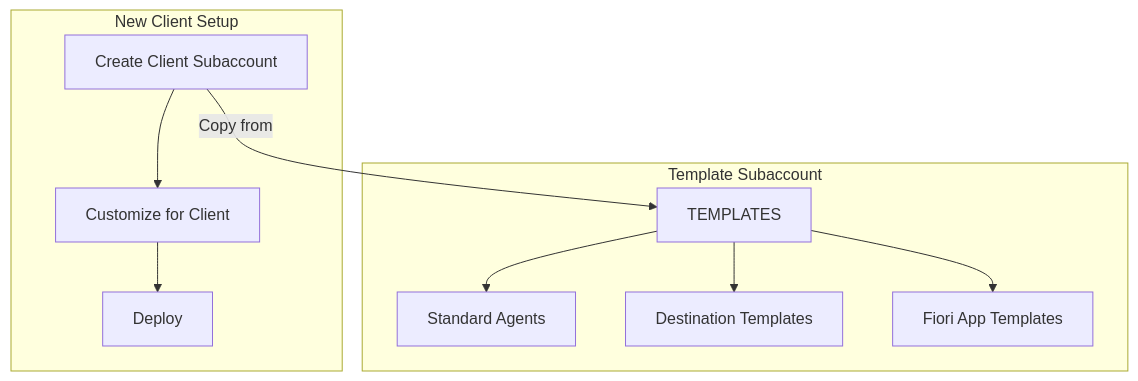
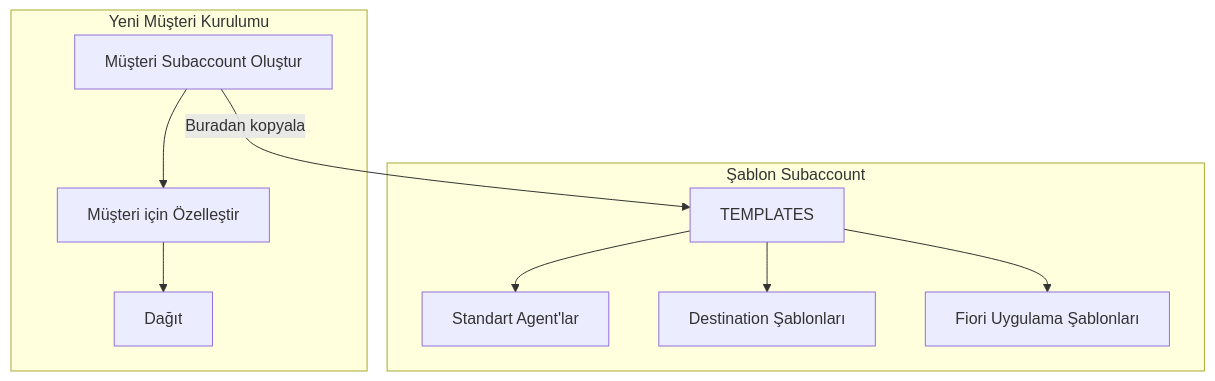
Before and after one commit to beyhanmeyrali/sap-all: the eighth of 11 diagrams in Technical Tutorials/BTP/TR/chapters/12-multi-client-management.md, drawn with Mermaid. The commit also changed other lines of this file and 11 other files, not shown here.

````diff
--- a/Technical Tutorials/BTP/TR/chapters/12-multi-client-management.md
+++ b/Technical Tutorials/BTP/TR/chapters/12-multi-client-management.md
@@ -312,16 +312,16 @@
 ```mermaid
 flowchart TD
-    subgraph "Template Subaccount"
+    subgraph "Şablon Subaccount"
         T[TEMPLATES]
-        T --> TA[Standard Agents]
-        T --> TD[Destination Templates]
-        T --> TF[Fiori App Templates]
+        T --> TA[Standart Agent'lar]
+        T --> TD[Destination Şablonları]
+        T --> TF[Fiori Uygulama Şablonları]
     end
 
-    subgraph "New Client Setup"
-        C[Create Client Subaccount]
-        C --> |"Copy from"| T
-        C --> CUST[Customize for Client]
-        CUST --> DEP[Deploy]
+    subgraph "Yeni Müşteri Kurulumu"
+        C[Müşteri Subaccount Oluştur]
+        C --> |"Buradan kopyala"| T
+        C --> CUST[Müşteri için Özelleştir]
+        CUST --> DEP[Dağıt]
     end
 ```
````
